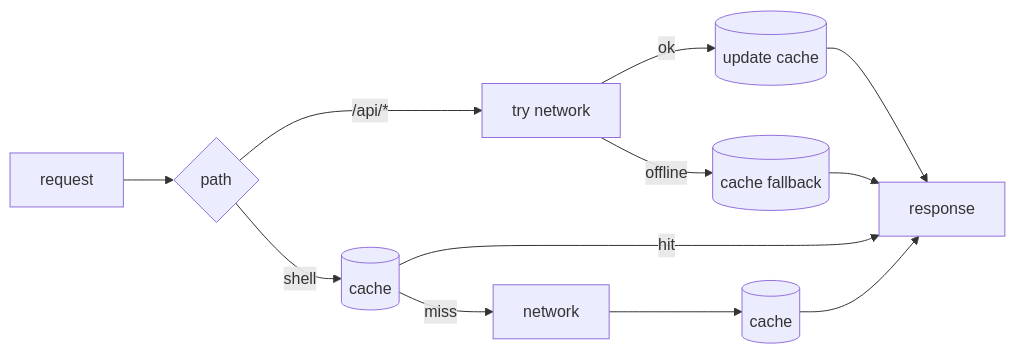
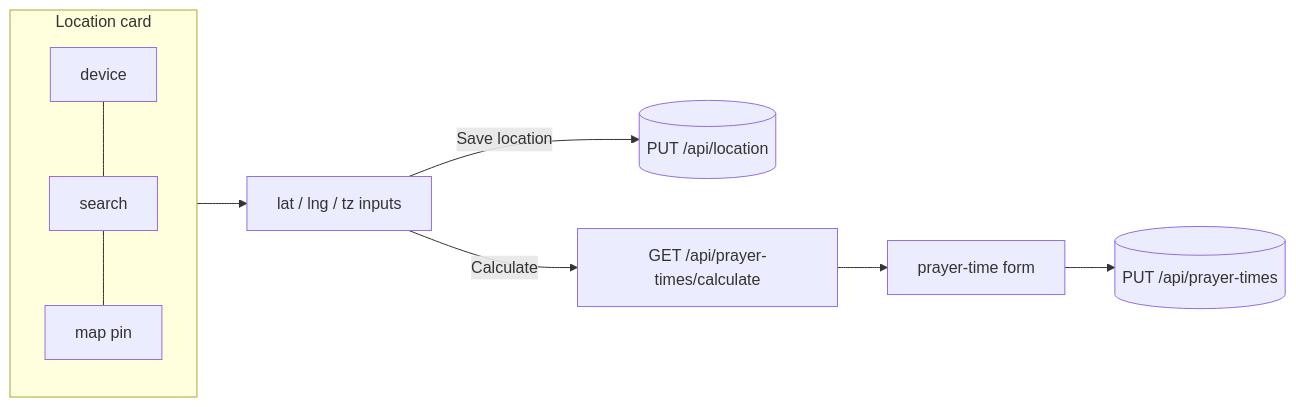
The diagram in docs/steps/16-ui-and-pwa.md (ramishtaha/spring-boot-sahar), drawn with Mermaid before and after one commit. The commit also changed other lines of this file and 141 other files, not shown here.

````diff
--- a/docs/steps/16-ui-and-pwa.md
+++ b/docs/steps/16-ui-and-pwa.md
@@ -92,8 +50,9 @@
 ```mermaid
 flowchart LR
-  R[request] --> M{path}
-  M -- /api/* --> N[try network] -->|ok| C1[(update cache)] --> Resp[response]
-  N -->|offline| H[(cache fallback)] --> Resp
-  M -- shell --> Cc[(cache)] -->|hit| Resp
-  Cc -->|miss| Net[network] --> C2[(cache)] --> Resp
+  subgraph picker [Location card]
+    D[device] --- S[search] --- M[map pin]
+  end
+  picker --> LL[lat / lng / tz inputs]
+  LL -->|Save location| PUT[(PUT /api/location)]
+  LL -->|Calculate| CALC[GET /api/prayer-times/calculate] --> Form[prayer-time form] --> Save[(PUT /api/prayer-times)]
 ```
````
